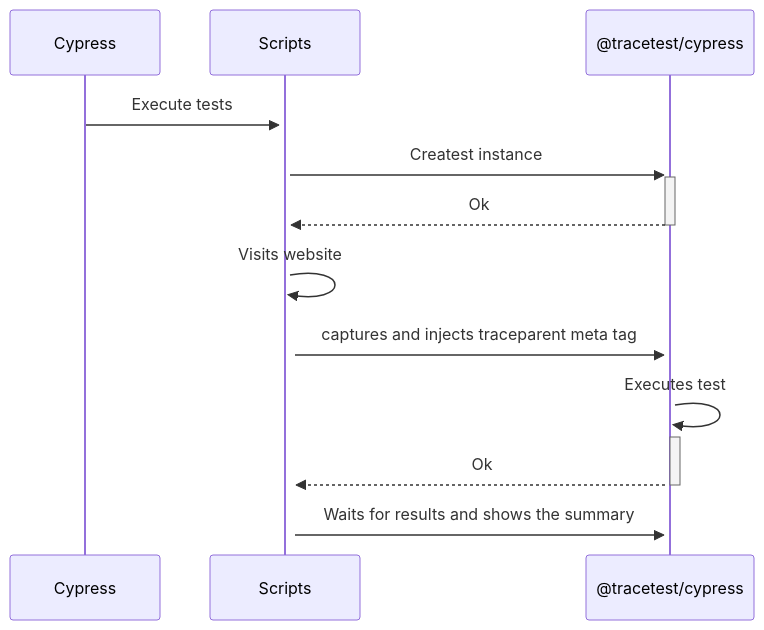
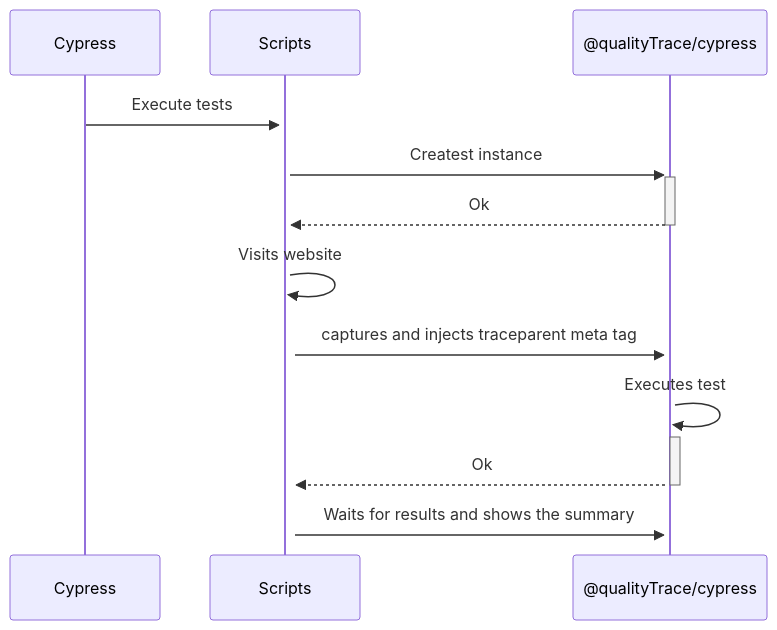
The diagram in docs/docs/tools-and-integrations/cypress.mdx (intelops/qualitytrace), drawn with Mermaid before and after one commit. The commit also changed other lines of this file and 485 other files, not shown here.

Commit message:
changing tracetest to qualityTrace

````diff
--- a/docs/docs/tools-and-integrations/cypress.mdx
+++ b/docs/docs/tools-and-integrations/cypress.mdx
@@ -37,11 +37,11 @@
 ```mermaid
 sequenceDiagram
   Cypress->>+Scripts: Execute tests
-  Scripts->>+@tracetest/cypress: Createst instance
-  @tracetest/cypress-->>-Scripts: Ok
+  Scripts->>+@qualityTrace/cypress: Createst instance
+  @qualityTrace/cypress-->>-Scripts: Ok
   Scripts->>+Scripts: Visits website
-  Scripts->>+@tracetest/cypress: captures and injects traceparent meta tag
-  @tracetest/cypress->>+@tracetest/cypress: Executes test
-  @tracetest/cypress-->>-Scripts: Ok
-  Scripts->>@tracetest/cypress: Waits for results and shows the summary
+  Scripts->>+@qualityTrace/cypress: captures and injects traceparent meta tag
+  @qualityTrace/cypress->>+@qualityTrace/cypress: Executes test
+  @qualityTrace/cypress-->>-Scripts: Ok
+  Scripts->>@qualityTrace/cypress: Waits for results and shows the summary
 ```
````
